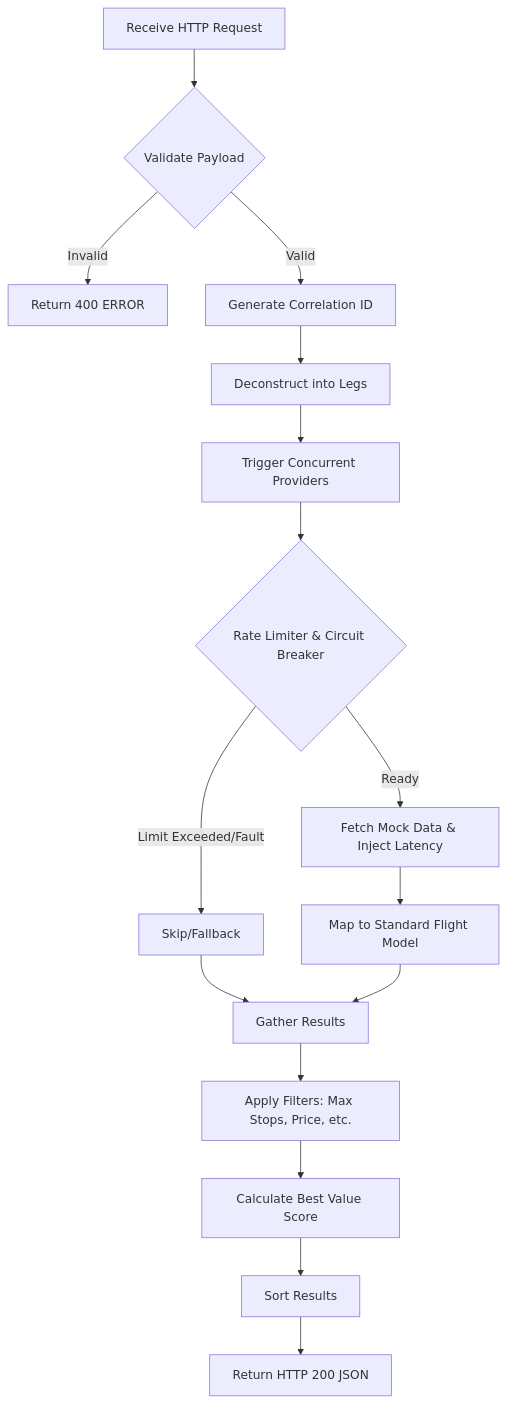
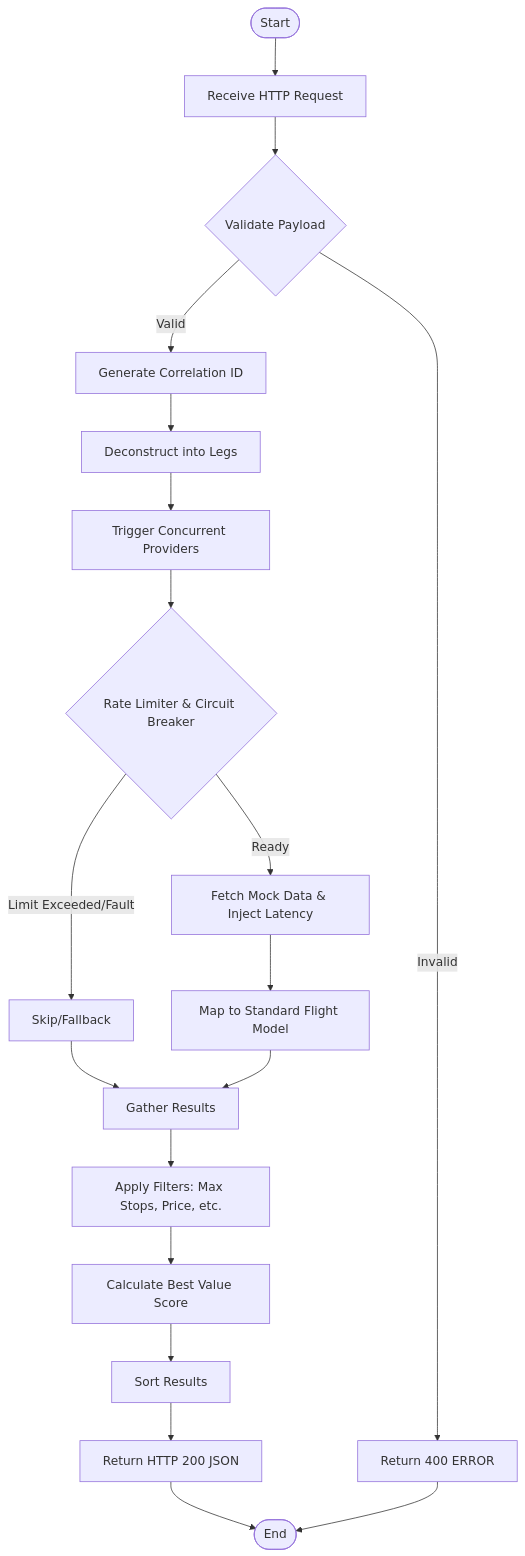
The second of 5 diagrams in README.md (pandusatrianura/heimdall-travel-service), drawn with Mermaid before and after one commit. The commit also changed other lines of this file, not shown here.

Commit message:
Update README.md
Add start and end flow in flowchart diagram

````diff
--- a/README.md
+++ b/README.md
@@ -135,18 +135,21 @@
 ```mermaid
 flowchart TD
-    A[Receive HTTP Request] --> B{Validate Payload}
+    Start([Start]) --> A[Receive HTTP Request]
+    A --> B{Validate Payload}
     B -- Invalid --> C[Return 400 ERROR]
     B -- Valid --> D[Generate Correlation ID]
     D --> E[Deconstruct into Legs]
     E --> F[Trigger Concurrent Providers]
     F --> G{Rate Limiter & Circuit Breaker}
     G -- Limit Exceeded/Fault --> H[Skip/Fallback]
     G -- Ready --> I[Fetch Mock Data & Inject Latency]
     I --> J[Map to Standard Flight Model]
     H --> K[Gather Results]
     J --> K
     K --> L[Apply Filters: Max Stops, Price, etc.]
     L --> M[Calculate Best Value Score]
     M --> N[Sort Results]
     N --> O[Return HTTP 200 JSON]
+    O --> End([End])
+    C --> End
 ```
````
